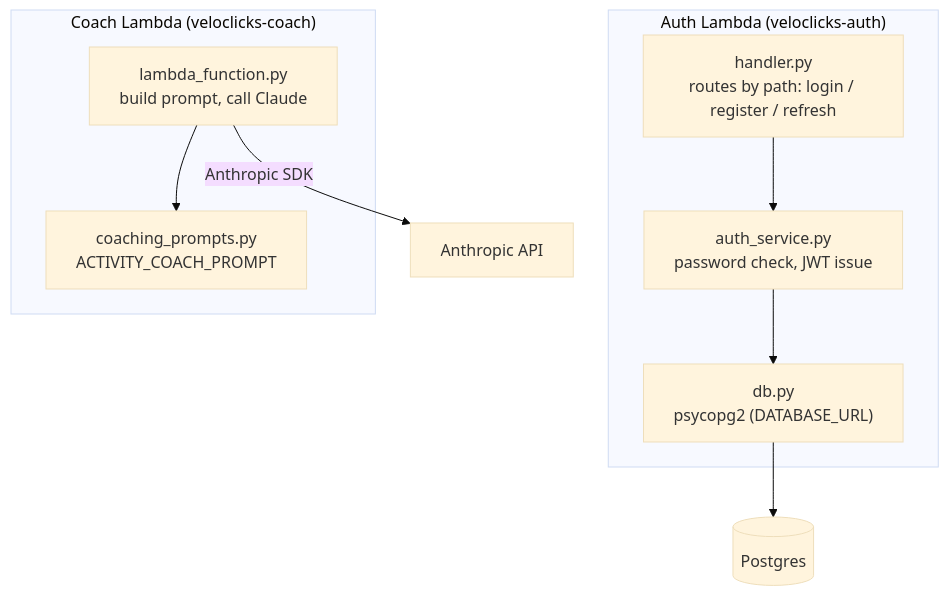
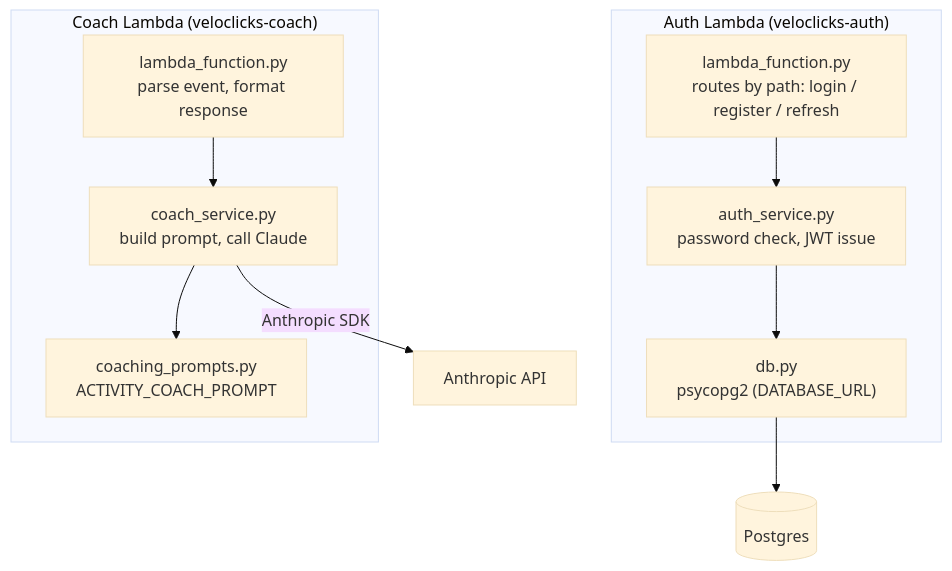
Before and after one commit to veloclicks/veloclicks: the third of 7 diagrams in docs/application_architecture.md, drawn with Mermaid (base theme). The commit also changed other lines of this file and 8 other files, not shown here.

````diff
--- a/docs/application_architecture.md
+++ b/docs/application_architecture.md
@@ -77,20 +77,21 @@
 ```mermaid
 graph TB
     subgraph AuthLambda["Auth Lambda (veloclicks-auth)"]
-        Handler["handler.py<br/>routes by path: login / register / refresh"]
+        AuthHandler["lambda_function.py<br/>routes by path: login / register / refresh"]
         AuthService["auth_service.py<br/>password check, JWT issue"]
         AuthDB["db.py<br/>psycopg2 (DATABASE_URL)"]
     end
 
     subgraph CoachLambda["Coach Lambda (veloclicks-coach)"]
-        LambdaFn["lambda_function.py<br/>build prompt, call Claude"]
+        CoachHandler["lambda_function.py<br/>parse event, format response"]
+        CoachService["coach_service.py<br/>build prompt, call Claude"]
         Prompts["coaching_prompts.py<br/>ACTIVITY_COACH_PROMPT"]
     end
 
     Postgres[("Postgres")]
     Anthropic["Anthropic API"]
 
-    Handler --> AuthService --> AuthDB --> Postgres
-    LambdaFn --> Prompts
-    LambdaFn -->|"Anthropic SDK"| Anthropic
+    AuthHandler --> AuthService --> AuthDB --> Postgres
+    CoachHandler --> CoachService --> Prompts
+    CoachService -->|"Anthropic SDK"| Anthropic
 ```
````
